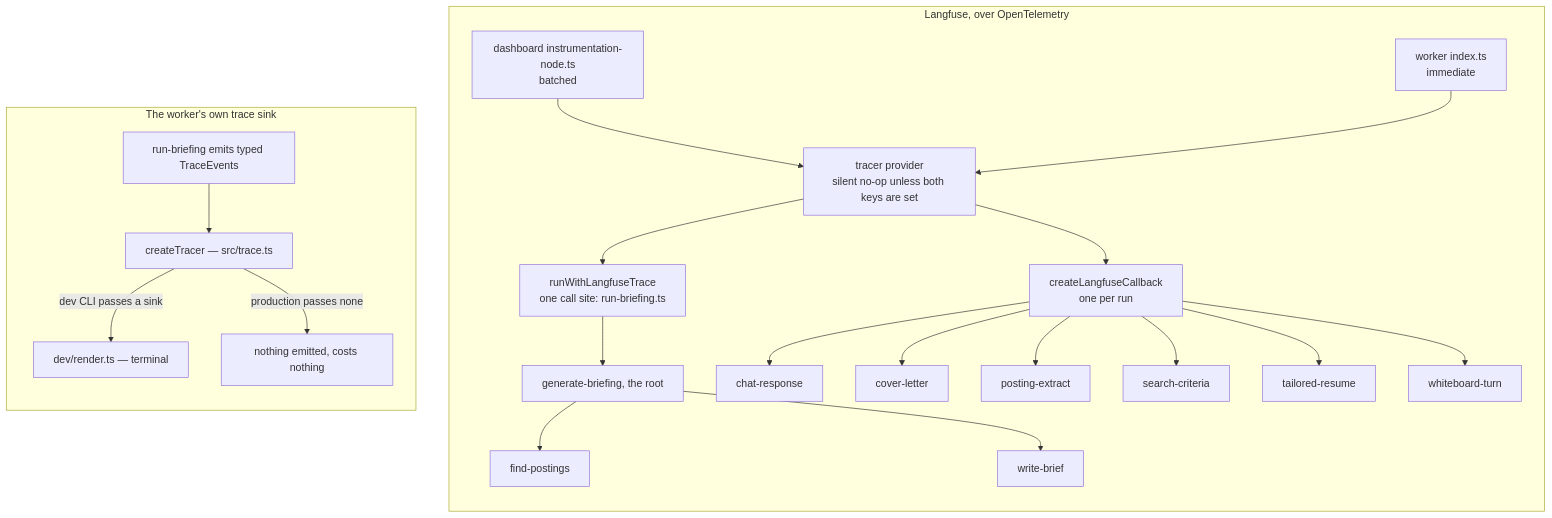
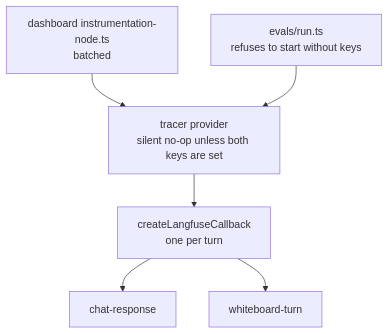
One commit to sunnyeyles/control-panel changed the fifth of 5 diagrams in docs/agent-architecture.md. Above: the diagram before and after it, drawn with Mermaid. The commit also changed other lines of this file and 6 other files, not shown here.

````diff
--- a/docs/agent-architecture.md
+++ b/docs/agent-architecture.md
@@ -550,27 +258,9 @@
 ```mermaid
 flowchart TD
-    subgraph lfuse ["Langfuse, over OpenTelemetry"]
-        direction TB
-        I1["dashboard instrumentation-node.ts<br/>batched"] --> P
-        I2["worker index.ts<br/>immediate"] --> P
-        P["tracer provider<br/>silent no-op unless both keys are set"]
-        P --> R["runWithLangfuseTrace<br/>one call site: run-briefing.ts"]
-        P --> CB["createLangfuseCallback<br/>one per run"]
-        R --> R1["generate-briefing, the root"]
-        R1 --> R2["find-postings"]
-        R1 --> R3["write-brief"]
-        CB --> CB1["chat-response"]
-        CB --> CB2["cover-letter"]
-    CB --> CB6["posting-extract"]
-        CB --> CB3["search-criteria"]
-        CB --> CB4["tailored-resume"]
-        CB --> CB5["whiteboard-turn"]
-    end
-
-    subgraph sink ["The worker's own trace sink"]
-        direction TB
-        T1["run-briefing emits typed TraceEvents"] --> T2["createTracer — src/trace.ts"]
-        T2 -->|"dev CLI passes a sink"| T3["dev/render.ts — terminal"]
-        T2 -->|"production passes none"| T4["nothing emitted, costs nothing"]
-    end
+    I1["dashboard instrumentation-node.ts<br/>batched"] --> P
+    I2["evals/run.ts<br/>refuses to start without keys"] --> P
+    P["tracer provider<br/>silent no-op unless both keys are set"]
+    P --> CB["createLangfuseCallback<br/>one per turn"]
+    CB --> CB1["chat-response"]
+    CB --> CB2["whiteboard-turn"]
 ```
````
